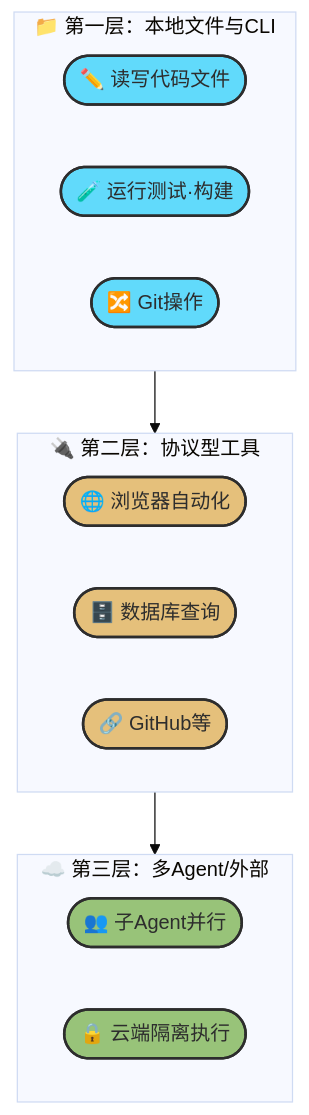
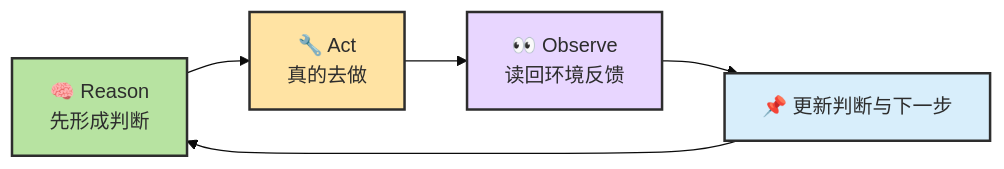
Before and after one commit to zht043/AgenticCodingTutorial: the sixth of 11 diagrams in docs/chapters/ch02-concepts.md, drawn with Mermaid (base theme). The commit also changed other lines of this file and 69 other files, not shown here.

Commit message:
optimize docs and add mermaid validation

````diff
--- a/docs/chapters/ch02-concepts.md
+++ b/docs/chapters/ch02-concepts.md
@@ -237,25 +198,9 @@
 ```mermaid
-flowchart TB
-    classDef l1 fill:#61dafb,stroke:#2d2d2d,stroke-width:2px,color:#2d2d2d
-    classDef l2 fill:#e5c07b,stroke:#2d2d2d,stroke-width:2px,color:#2d2d2d
-    classDef l3 fill:#98c379,stroke:#2d2d2d,stroke-width:2px,color:#2d2d2d
+flowchart LR
+    classDef reason fill:#b7e3a1,stroke:#2d2d2d,stroke-width:2px,color:#2d2d2d
+    classDef act fill:#ffe3a3,stroke:#2d2d2d,stroke-width:2px,color:#2d2d2d
+    classDef observe fill:#e8d6ff,stroke:#2d2d2d,stroke-width:2px,color:#2d2d2d
+    classDef update fill:#d8eefb,stroke:#2d2d2d,stroke-width:2px,color:#2d2d2d
 
-    subgraph Layer1["📁 第一层：本地文件与CLI"]
-        F1(["✏️ 读写代码文件"]):::l1
-        F2(["🧪 运行测试·构建"]):::l1
-        F3(["🔀 Git操作"]):::l1
-    end
-
-    subgraph Layer2["🔌 第二层：协议型工具"]
-        F4(["🌐 浏览器自动化"]):::l2
-        F5(["🗄️ 数据库查询"]):::l2
-        F6(["🔗 GitHub等"]):::l2
-    end
-
-    subgraph Layer3["☁️ 第三层：多Agent/外部"]
-        F7(["👥 子Agent并行"]):::l3
-        F8(["🔒 云端隔离执行"]):::l3
-    end
-
-    Layer1 --> Layer2 --> Layer3
+    R["🧠 Reason<br/>先形成判断"]:::reason --> A["🔧 Act<br/>真的去做"]:::act --> O["👀 Observe<br/>读回环境反馈"]:::observe --> U["📌 更新判断与下一步"]:::update --> R
 ```
````
